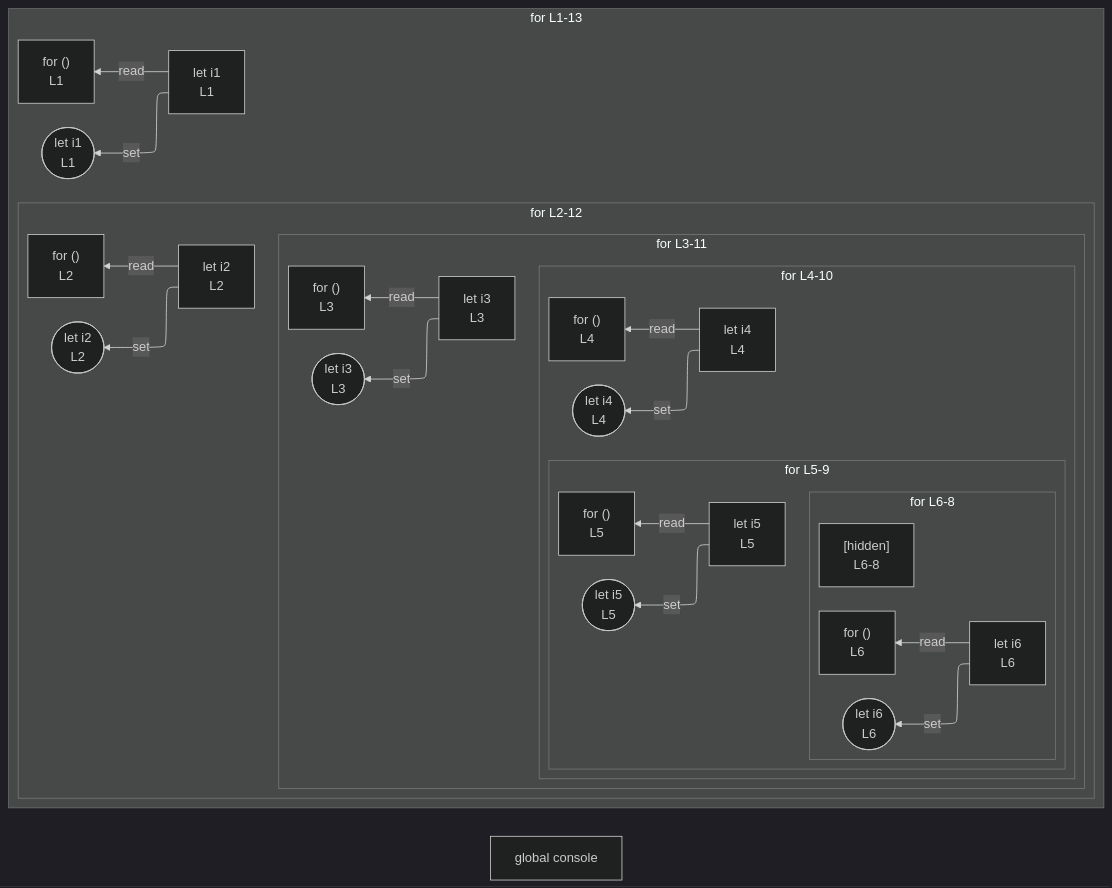
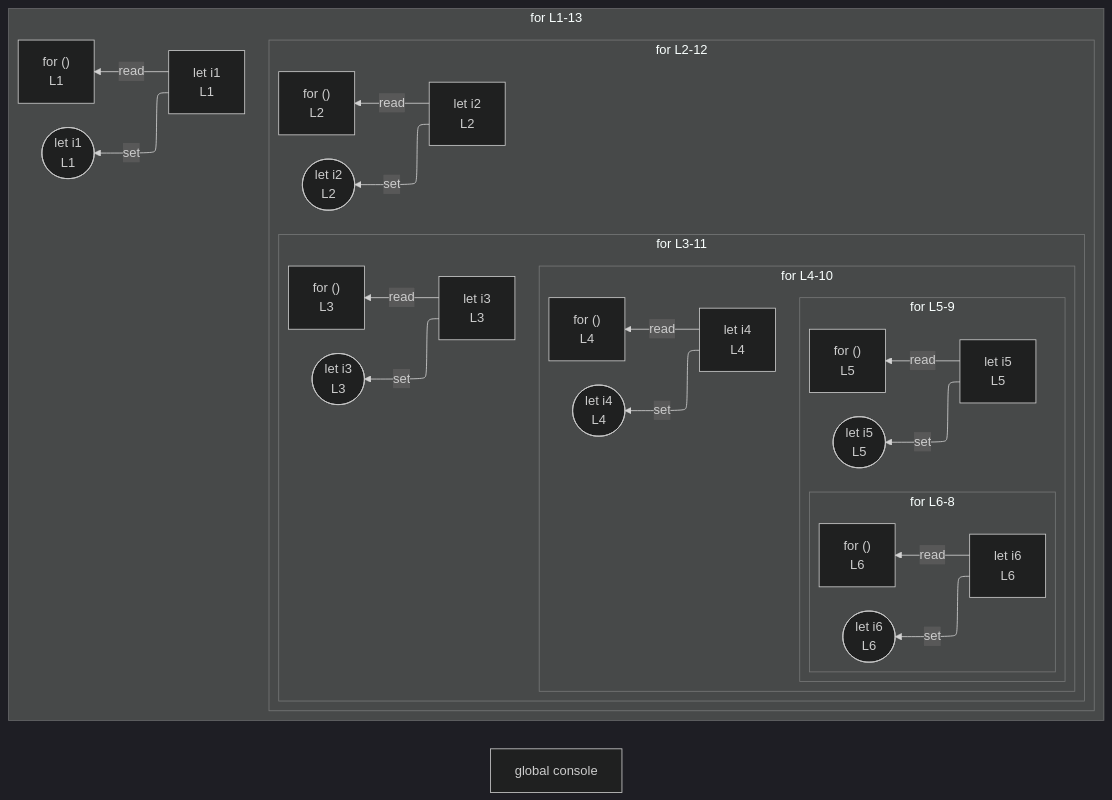
The diagram in integration/fixtures/app-behavior/depth/for/depth-5/preview.md (crescware/unsnarl), drawn with Mermaid (dark theme) before and after one commit. The commit also changed 96 other files, not shown here.

````diff
--- a/integration/fixtures/app-behavior/depth/for/depth-5/preview.md
+++ b/integration/fixtures/app-behavior/depth/for/depth-5/preview.md
@@ -23,54 +23,53 @@
 ```mermaid
 %%{init: {"flowchart": {"defaultRenderer": "elk"}}}%%
 flowchart RL
   n_scope_0_console_240["global console"]
   subgraph s_scope_1["for L1-13"]
     direction RL
     for_test_scope_0_0["for ()<br/>L1"]
     n_scope_1_i1_9["let i1<br/>L1"]
     wr_ref_2(["let i1<br/>L1"])
     subgraph s_scope_3["for L2-12"]
       direction RL
       for_test_scope_2_35["for ()<br/>L2"]
       n_scope_3_i2_44["let i2<br/>L2"]
       wr_ref_5(["let i2<br/>L2"])
       subgraph s_scope_5["for L3-11"]
         direction RL
         for_test_scope_4_72["for ()<br/>L3"]
         n_scope_5_i3_81["let i3<br/>L3"]
         wr_ref_8(["let i3<br/>L3"])
         subgraph s_scope_7["for L4-10"]
           direction RL
           for_test_scope_6_111["for ()<br/>L4"]
           n_scope_7_i4_120["let i4<br/>L4"]
           wr_ref_11(["let i4<br/>L4"])
           subgraph s_scope_9["for L5-9"]
             direction RL
             for_test_scope_8_152["for ()<br/>L5"]
             n_scope_9_i5_161["let i5<br/>L5"]
             wr_ref_14(["let i5<br/>L5"])
             subgraph s_scope_11["for L6-8"]
               direction RL
               for_test_scope_10_195["for ()<br/>L6"]
               n_scope_11_i6_204["let i6<br/>L6"]
               wr_ref_17(["let i6<br/>L6"])
-              collapsed_scope_12["[hidden]<br/>L6-8"]
             end
           end
         end
       end
     end
   end
   n_scope_1_i1_9 -->|set| wr_ref_2
   n_scope_3_i2_44 -->|set| wr_ref_5
   n_scope_5_i3_81 -->|set| wr_ref_8
   n_scope_7_i4_120 -->|set| wr_ref_11
   n_scope_9_i5_161 -->|set| wr_ref_14
   n_scope_11_i6_204 -->|set| wr_ref_17
   n_scope_1_i1_9 -->|read| for_test_scope_0_0
   n_scope_3_i2_44 -->|read| for_test_scope_2_35
   n_scope_5_i3_81 -->|read| for_test_scope_4_72
   n_scope_7_i4_120 -->|read| for_test_scope_6_111
   n_scope_9_i5_161 -->|read| for_test_scope_8_152
   n_scope_11_i6_204 -->|read| for_test_scope_10_195
 ```
````
